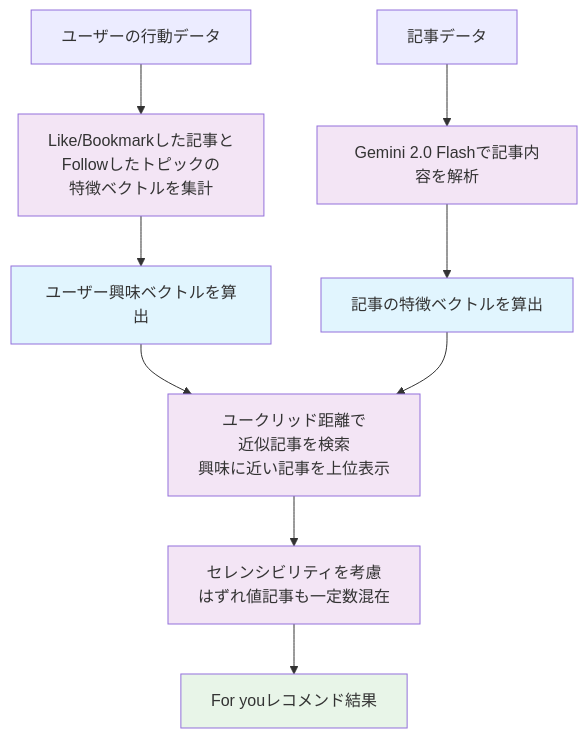
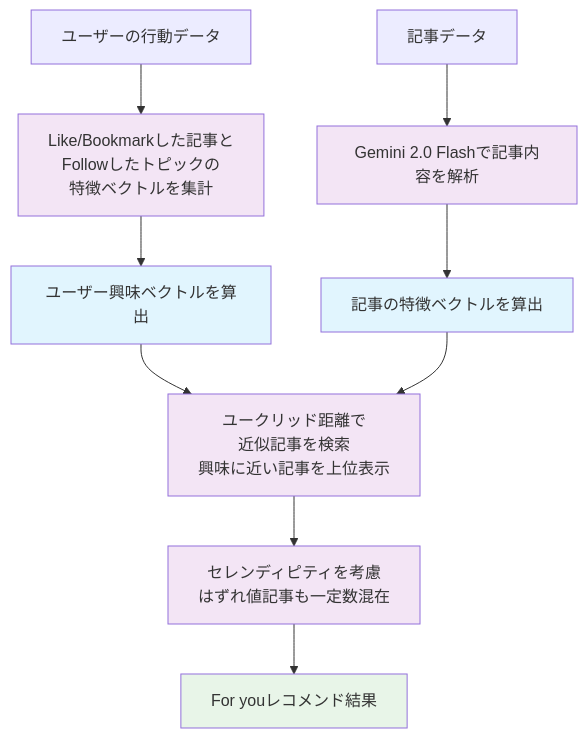
One commit to cm-igarashi-ryosuke/zenn-connect changed the diagram in articles/zenn-recommend-system.md. Above: the diagram before and after it, drawn with Mermaid. The commit also changed other lines of this file, not shown here.

````diff
--- a/articles/zenn-recommend-system.md
+++ b/articles/zenn-recommend-system.md
@@ -131,25 +131,25 @@
 ```mermaid
   flowchart TD
       %% 記事の特徴ベクトル算出フロー
       A[記事データ] --> B[Gemini 2.0 Flashで記事内容を解析]
       B --> C[記事の特徴ベクトルを算出]
 
       %% ユーザーの興味ベクトル算出フロー
       E[ユーザーの行動データ] --> G[Like/Bookmarkした記事と<br/>Followしたトピックの<br/>特徴ベクトルを集計]
       G --> K[ユーザー興味ベクトルを算出]
 
       %% レコメンド生成フロー
       K --> N[ユークリッド距離で<br/>近似記事を検索<br/>興味に近い記事を上位表示]
       C --> N
-      N --> P[セレンシビリティを考慮<br/>はずれ値記事も一定数混在]
+      N --> P[セレンディピティを考慮<br/>はずれ値記事も一定数混在]
       P --> Q[For youレコメンド結果]
 
       %% スタイリング
       classDef vectorNode fill:#e1f5fe
       classDef processNode fill:#f3e5f5
       classDef resultNode fill:#e8f5e8
 
       class C,K vectorNode
       class B,G,J,M,N,O,P processNode
       class Q resultNode
 ```
````
